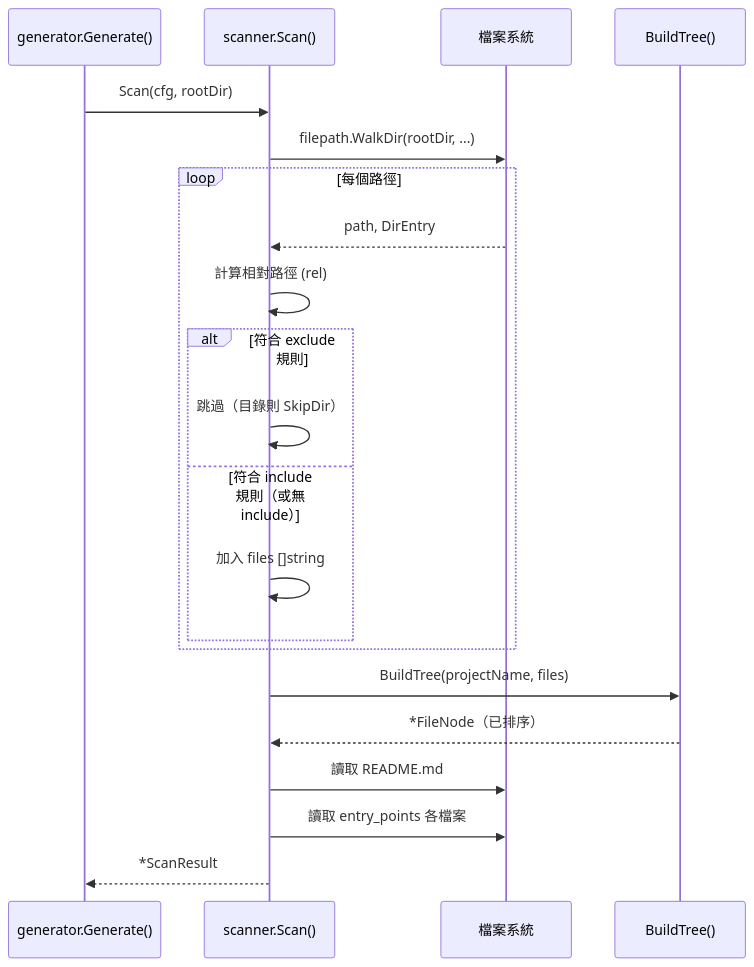
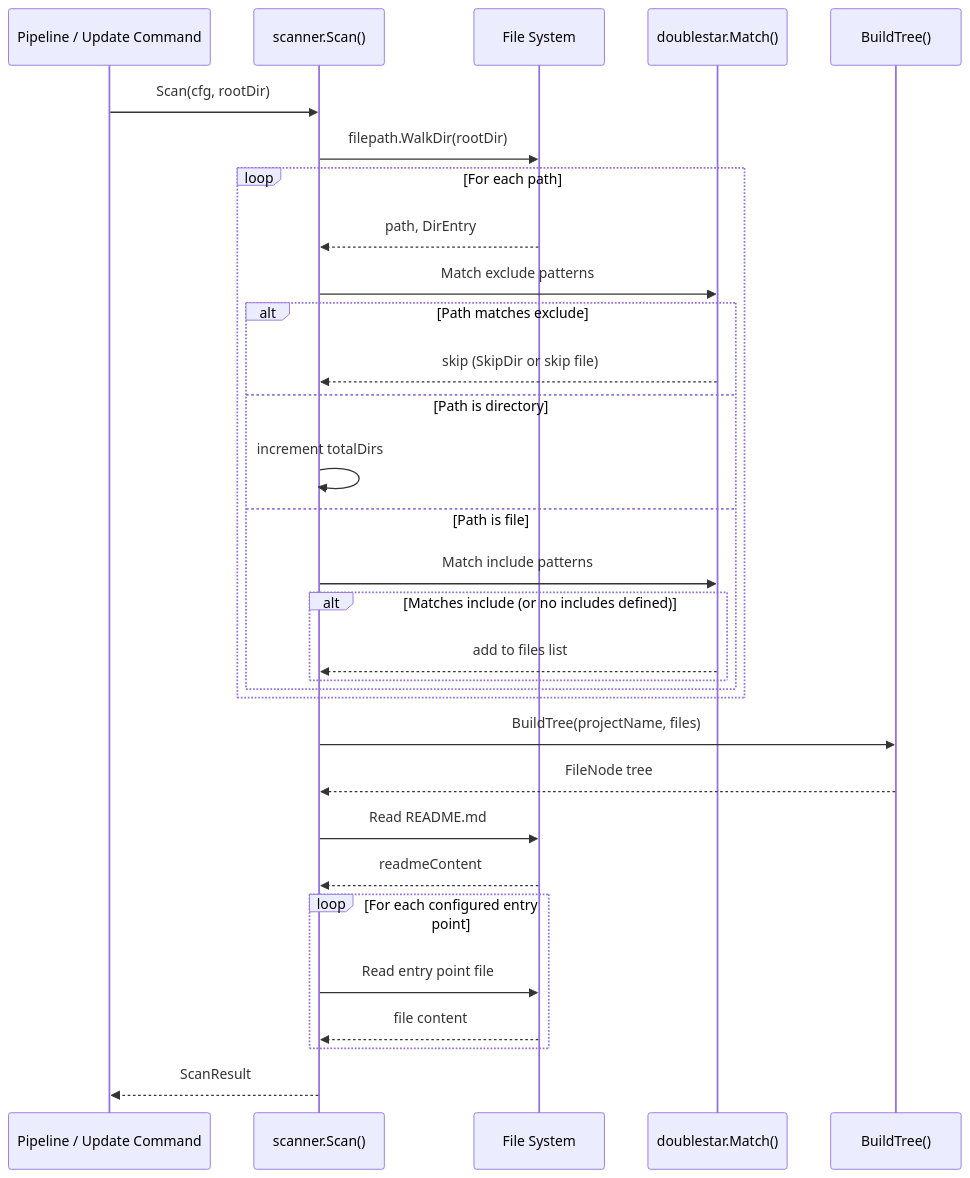
The second of 2 diagrams in docs/core-modules/scanner/index.md (monkenWu/selfmd-claude-code), drawn with Mermaid before and after one commit. The commit also changed other lines of this file and 145 other files, not shown here.

````diff
--- a/docs/core-modules/scanner/index.md
+++ b/docs/core-modules/scanner/index.md
@@ -103,24 +83,39 @@
 ```mermaid
 sequenceDiagram
-    participant Pipeline as generator.Generate()
-    participant S as scanner.Scan()
-    participant FS as 檔案系統
+    participant Caller as Pipeline / Update Command
+    participant Scan as scanner.Scan()
+    participant FS as File System
+    participant DS as doublestar.Match()
     participant BT as BuildTree()
 
-    Pipeline->>S: Scan(cfg, rootDir)
-    S->>FS: filepath.WalkDir(rootDir, ...)
-    loop 每個路徑
-        FS-->>S: path, DirEntry
-        S->>S: 計算相對路徑 (rel)
-        alt 符合 exclude 規則
-            S->>S: 跳過（目錄則 SkipDir）
-        else 符合 include 規則（或無 include）
-            S->>S: 加入 files []string
+    Caller->>Scan: Scan(cfg, rootDir)
+    Scan->>FS: filepath.WalkDir(rootDir)
+
+    loop For each path
+        FS-->>Scan: path, DirEntry
+        Scan->>DS: Match exclude patterns
+        alt Path matches exclude
+            DS-->>Scan: skip (SkipDir or skip file)
+        else Path is directory
+            Scan->>Scan: increment totalDirs
+        else Path is file
+            Scan->>DS: Match include patterns
+            alt Matches include (or no includes defined)
+                DS-->>Scan: add to files list
+            end
         end
     end
-    S->>BT: BuildTree(projectName, files)
-    BT-->>S: *FileNode（已排序）
-    S->>FS: 讀取 README.md
-    S->>FS: 讀取 entry_points 各檔案
-    S-->>Pipeline: *ScanResult
+
+    Scan->>BT: BuildTree(projectName, files)
+    BT-->>Scan: FileNode tree
+
+    Scan->>FS: Read README.md
+    FS-->>Scan: readmeContent
+
+    loop For each configured entry point
+        Scan->>FS: Read entry point file
+        FS-->>Scan: file content
+    end
+
+    Scan-->>Caller: ScanResult
 ```
````
